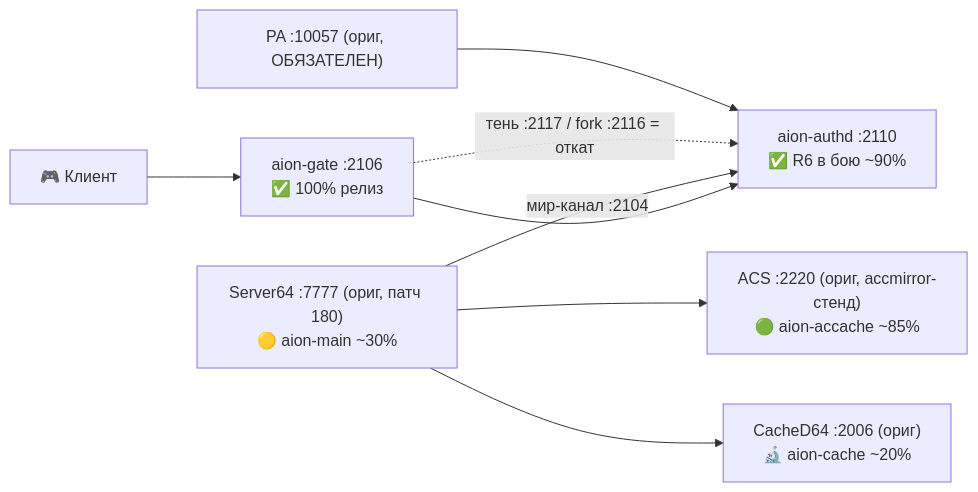
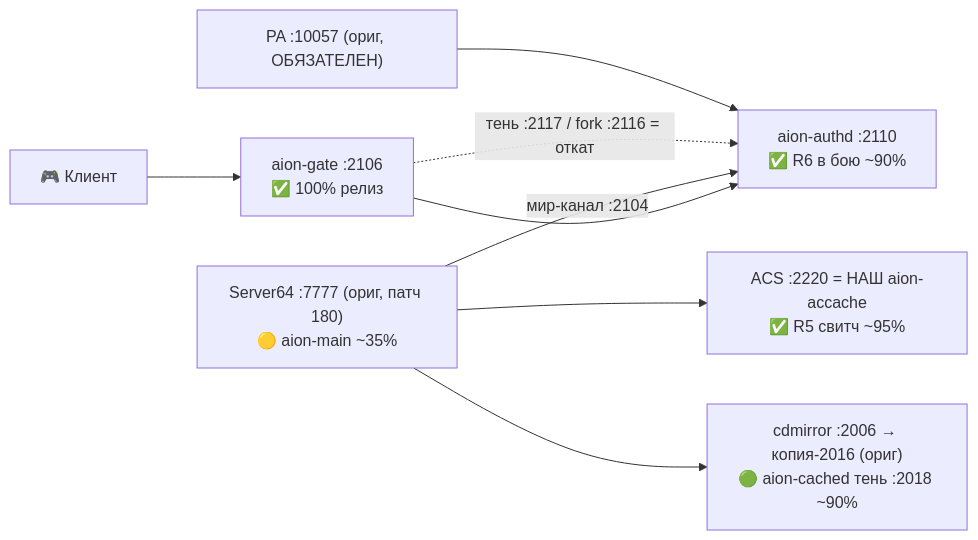
One commit to stelgen/AION-7.7-EUR-SERVER changed the diagram in README.md. Above: the diagram before and after it, drawn with Mermaid. The commit also changed other lines of this file and 9 other files, not shown here.

````diff
--- a/README.md
+++ b/README.md
@@ -23,10 +23,10 @@
 ```mermaid
 flowchart LR
   C["🎮 Клиент"] --> G["aion-gate :2106<br/>✅ 100% релиз"]
   G --> A["aion-authd :2110<br/>✅ R6 в бою ~90%"]
-  W["Server64 :7777 (ориг, патч 180)<br/>🟡 aion-main ~30%"] -->|"мир-канал :2104"| A
-  W --> ACS["ACS :2220 (ориг, accmirror-стенд)<br/>🟢 aion-accache ~85%"]
-  W --> CD["CacheD64 :2006 (ориг)<br/>🔬 aion-cache ~20%"]
+  W["Server64 :7777 (ориг, патч 180)<br/>🟡 aion-main ~35%"] -->|"мир-канал :2104"| A
+  W --> ACS["ACS :2220 = НАШ aion-accache<br/>✅ R5 свитч ~95%"]
+  W --> CD["cdmirror :2006 → копия-2016 (ориг)<br/>🟢 aion-cached тень :2018 ~90%"]
   G -. "тень :2117 / fork :2116 = откат" .-> A
   PA["PA :10057 (ориг, ОБЯЗАТЕЛЕН)"] --> A
 ```
````
